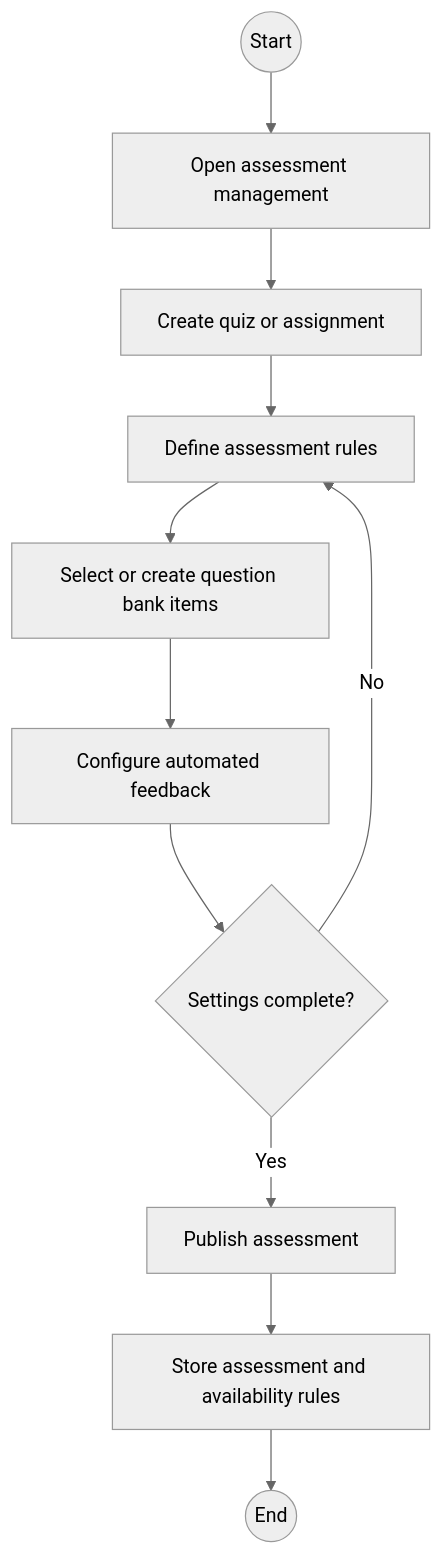
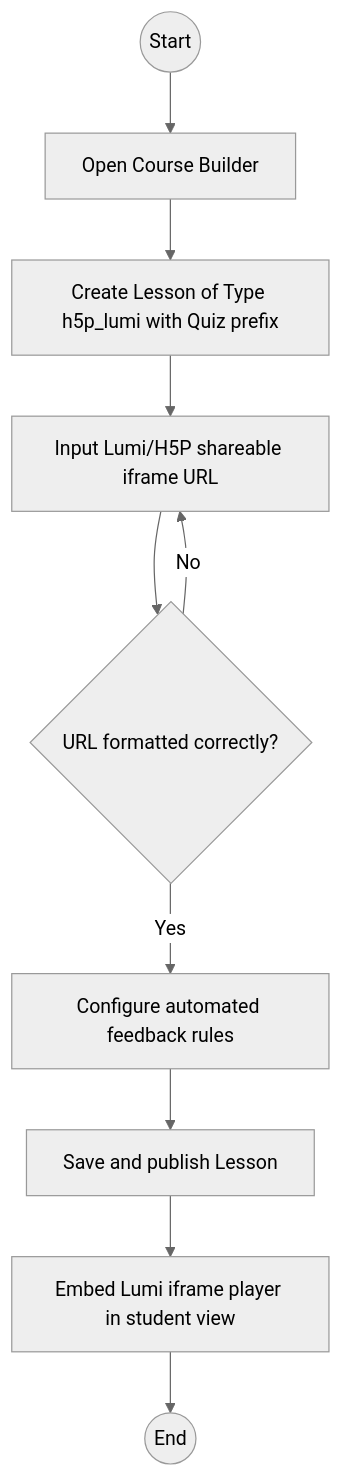
Before and after one commit to wingkit123/QuestLearn: diagram 13 of 15 in part-i/Use-Cases.md, drawn with Mermaid (neutral theme). The commit also changed other lines of this file, not shown here.

Commit message:
docs: align UC-07 quiz creation description with H5P/Lumi embed logic

````diff
--- a/part-i/Use-Cases.md
+++ b/part-i/Use-Cases.md
@@ -534,13 +533,12 @@
 ```mermaid
 flowchart TD
-    A((Start)) --> B[Open assessment management]
-    B --> C[Create quiz or assignment]
-    C --> D[Define assessment rules]
-    D --> E[Select or create question bank items]
-    E --> F[Configure automated feedback]
-    F --> G{Settings complete?}
-    G -- No --> D
-    G -- Yes --> H[Publish assessment]
-    H --> I[Store assessment and availability rules]
-    I --> J((End))
+    A((Start)) --> B[Open Course Builder]
+    B --> C[Create Lesson of Type h5p_lumi with Quiz prefix]
+    C --> D[Input Lumi/H5P shareable iframe URL]
+    D --> E{URL formatted correctly?}
+    E -- No --> D
+    E -- Yes --> F[Configure automated feedback rules]
+    F --> G[Save and publish Lesson]
+    G --> H[Embed Lumi iframe player in student view]
+    H --> I((End))
 ```
````
